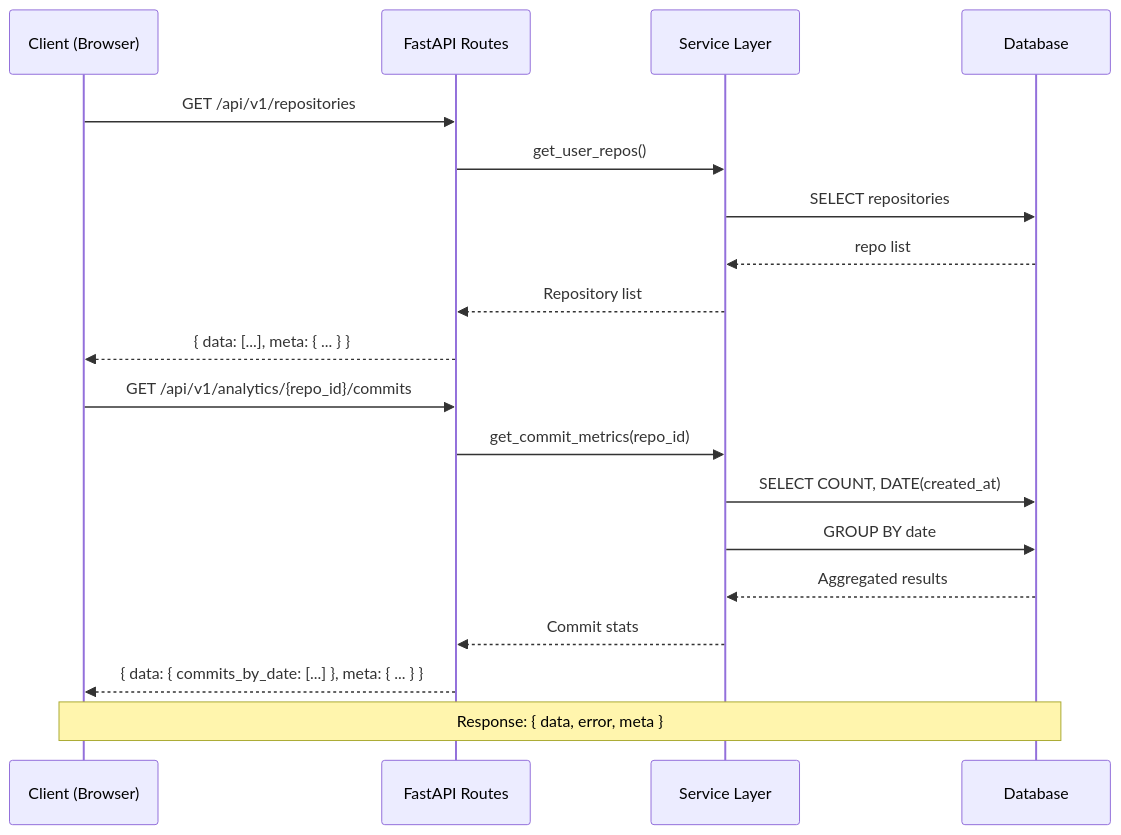
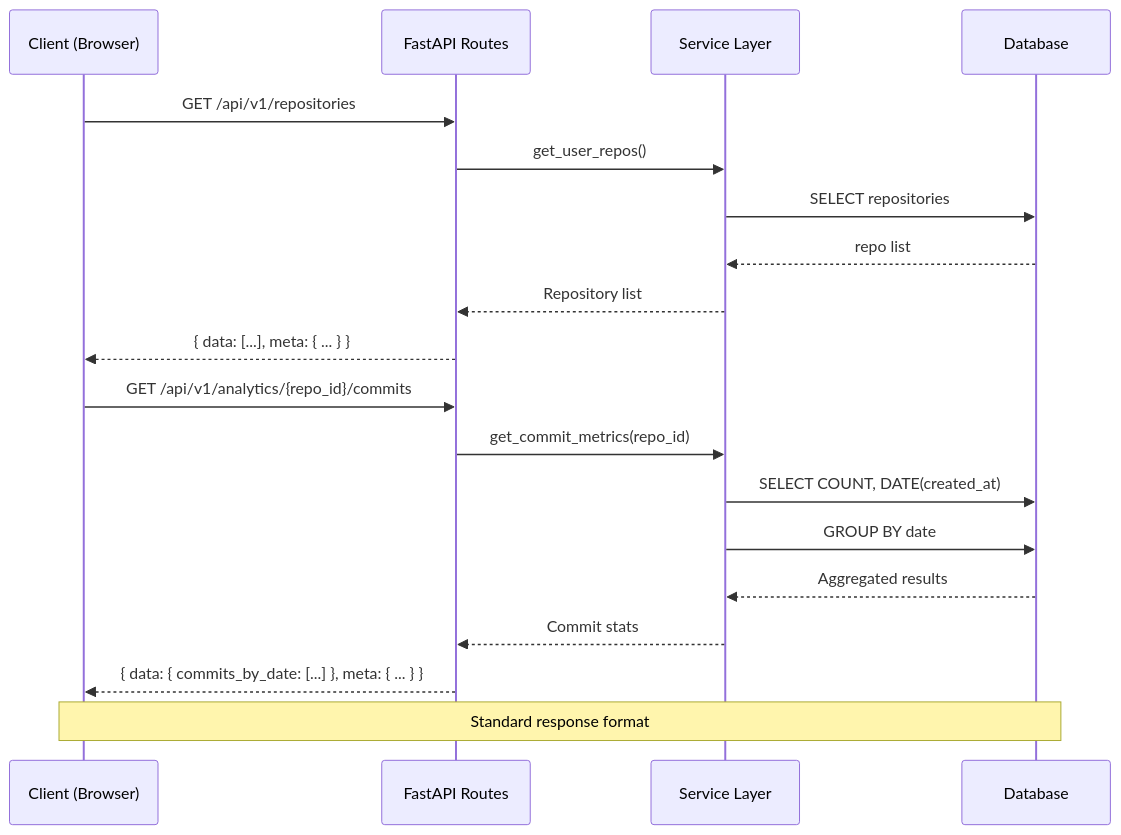
The eighth of 9 diagrams in docs/cong-nghe-va-kien-truc.md (kh4i-dev/git-analytics), drawn with Mermaid before and after one commit. The commit also changed other lines of this file, not shown here.

Commit message:
docs: show full API response format in caption instead of Mermaid Note

````diff
--- a/docs/cong-nghe-va-kien-truc.md
+++ b/docs/cong-nghe-va-kien-truc.md
@@ -259,24 +259,24 @@
 ```mermaid
 sequenceDiagram
     participant Client as Client (Browser)
     participant API as FastAPI Routes
     participant Service as Service Layer
     participant DB as Database
 
     Client->>API: GET /api/v1/repositories
     API->>Service: get_user_repos()
     Service->>DB: SELECT repositories
     DB-->>Service: repo list
     Service-->>API: Repository list
     API-->>Client: { data: [...], meta: { ... } }
 
     Client->>API: GET /api/v1/analytics/{repo_id}/commits
     API->>Service: get_commit_metrics(repo_id)
     Service->>DB: SELECT COUNT, DATE(created_at)
     Service->>DB: GROUP BY date
     DB-->>Service: Aggregated results
     Service-->>API: Commit stats
     API-->>Client: { data: { commits_by_date: [...] }, meta: { ... } }
 
-    Note over Client,DB: Response: { data, error, meta }
+    Note over Client,DB: Standard response format
 ```
````
